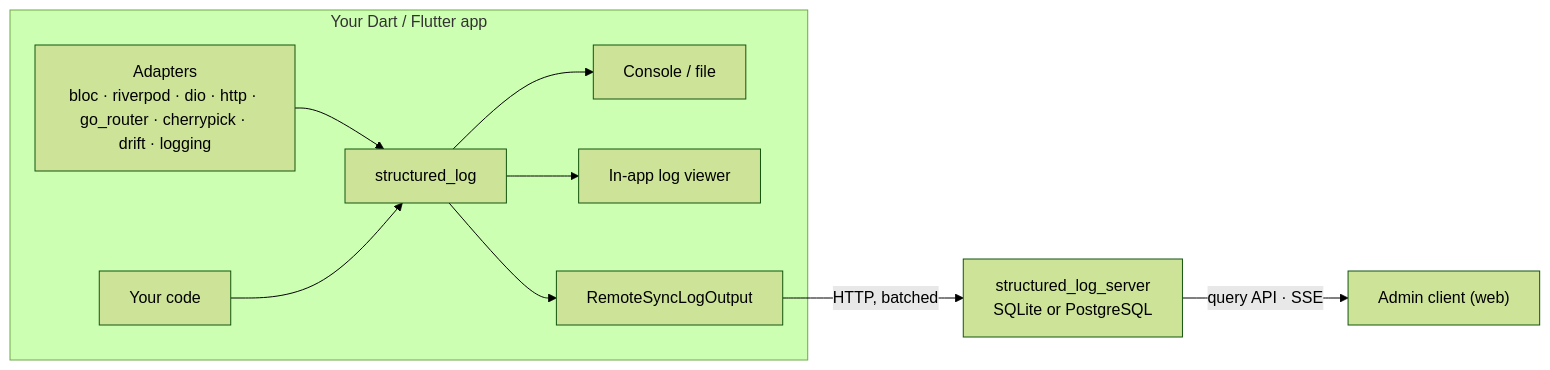
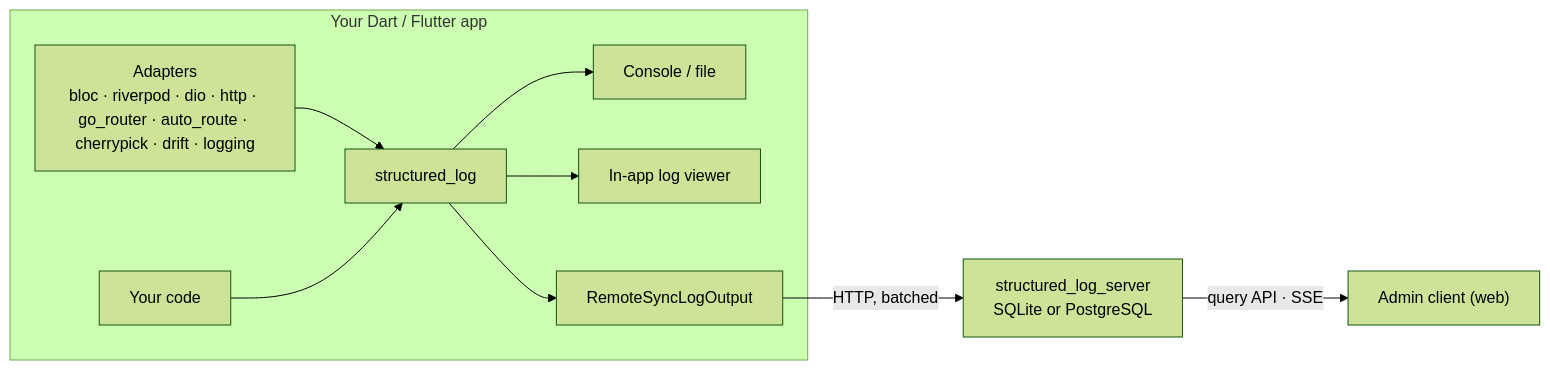
Before and after one commit to pese-git/structured_log: the diagram in README.md, drawn with Mermaid (forest theme). The commit also changed other lines of this file and 39 other files, not shown here.

First line of the commit message:
docs(structured_log_auto_route): document the package and list it in the family

````diff
--- a/README.md
+++ b/README.md
@@ -103,12 +104,12 @@
 ```mermaid
 flowchart LR
   subgraph app["Your Dart / Flutter app"]
-    A["Adapters<br/>bloc · riverpod · dio · http · go_router · cherrypick · drift · logging"] --> C["structured_log"]
+    A["Adapters<br/>bloc · riverpod · dio · http · go_router · auto_route · cherrypick · drift · logging"] --> C["structured_log"]
     Y["Your code"] --> C
     C --> O["Console / file"]
     C --> V["In-app log viewer"]
     C --> R["RemoteSyncLogOutput"]
   end
   R -- "HTTP, batched" --> S["structured_log_server<br/>SQLite or PostgreSQL"]
   S -- "query API · SSE" --> W["Admin client (web)"]
 ```
````
